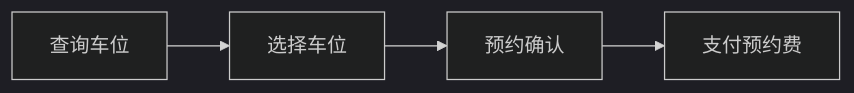
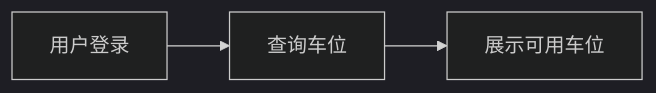
The second of 6 diagrams in 软件工程/详细需求规格说明书.md (VVolfBite/HomeWork), drawn with Mermaid (dark theme) before and after one commit. The commit also changed other lines of this file and 5 other files, not shown here.

````diff
--- a/软件工程/详细需求规格说明书.md
+++ b/软件工程/详细需求规格说明书.md
@@ -301,6 +325,5 @@
 ```mermaid
 graph LR
-A[查询车位] --> B[选择车位]
-B --> C[预约确认]
-C --> D[支付预约费]
+A[用户登录] --> B[查询车位]
+B --> C[展示可用车位]
 ```
````
